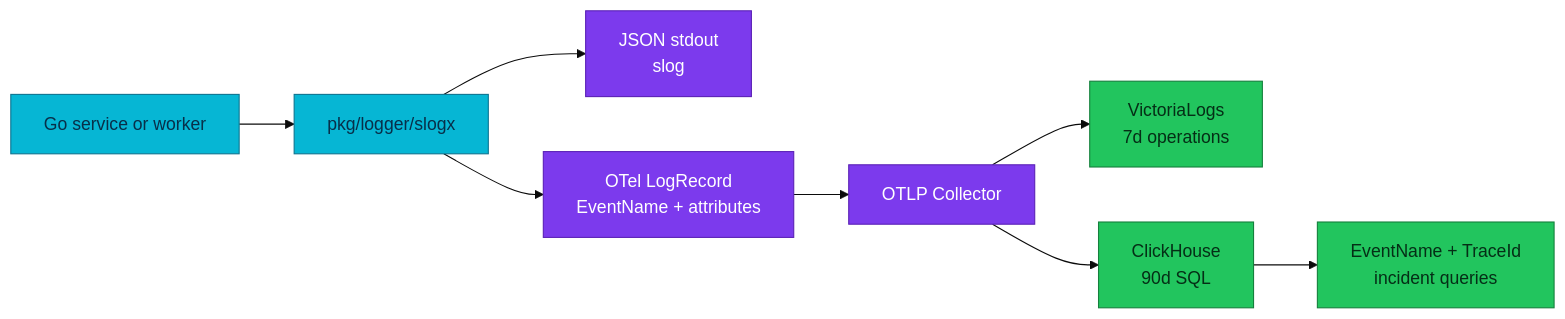
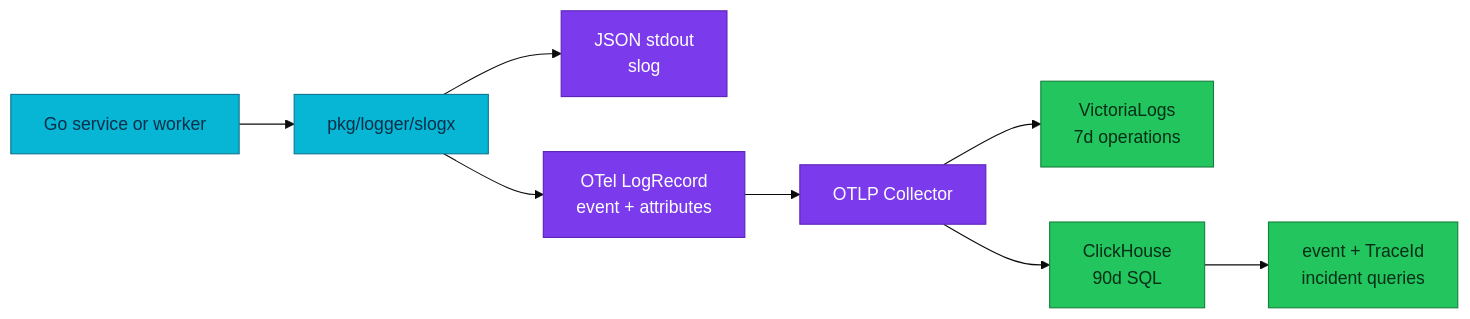
One commit to duynhlab/homelab changed the diagram in docs/proposals/rfc/RFC-0031/research.md. Above: the diagram before and after it, drawn with Mermaid (base theme). The commit also changed other lines of this file and 3 other files, not shown here.

First line of the commit message:
Take the log-record representation out of scope

````diff
--- a/docs/proposals/rfc/RFC-0031/research.md
+++ b/docs/proposals/rfc/RFC-0031/research.md
@@ -44,16 +48,16 @@
 ```mermaid
 flowchart LR
     A["Go service or worker"] --> B["pkg/logger/slogx"]
     B --> C["JSON stdout<br/>slog"]
-    B --> D["OTel LogRecord<br/>EventName + attributes"]
+    B --> D["OTel LogRecord<br/>event + attributes"]
     D --> E["OTLP Collector"]
     E --> F["VictoriaLogs<br/>7d operations"]
     E --> G["ClickHouse<br/>90d SQL"]
-    G --> H["EventName + TraceId<br/>incident queries"]
+    G --> H["event + TraceId<br/>incident queries"]
     classDef service fill:#06b6d4,color:#082f49,stroke:#0e7490;
     classDef platform fill:#7c3aed,color:#fff,stroke:#5b21b6;
     classDef data fill:#22c55e,color:#052e16,stroke:#15803d;
     class A,B service;
     class C,D,E platform;
     class F,G,H data;
 ```
````
